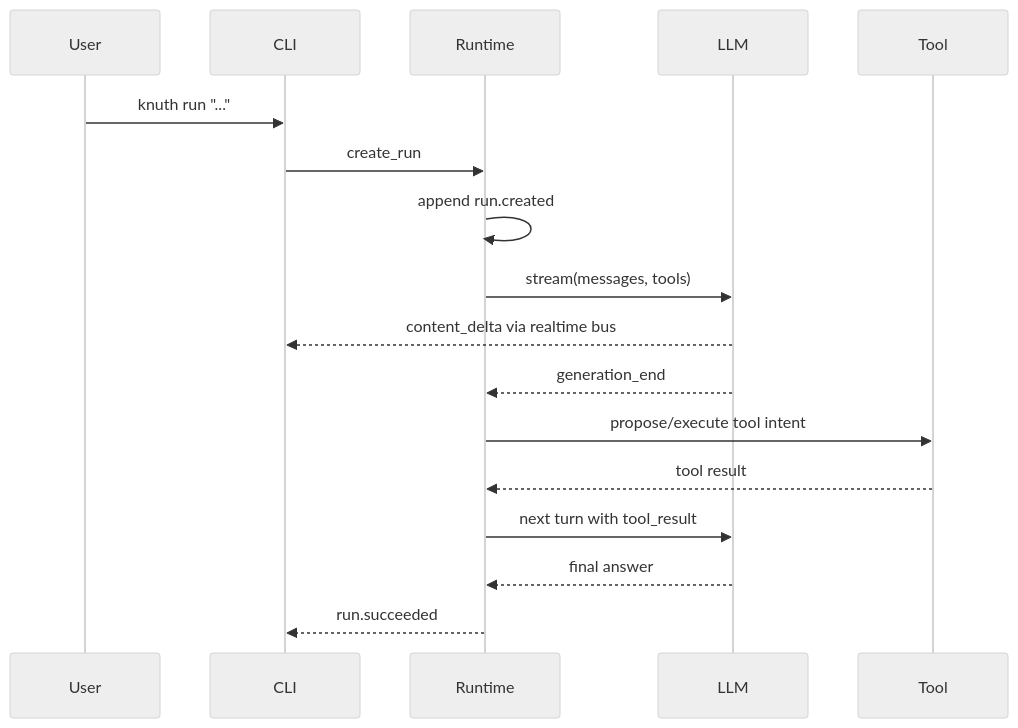
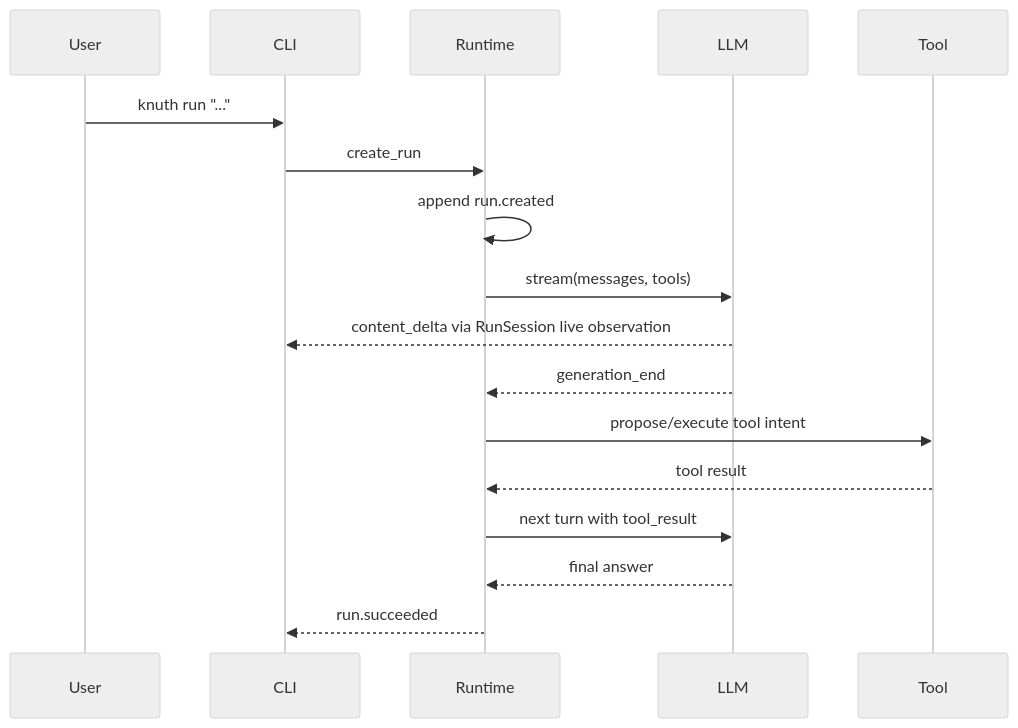
One commit to sonald/knuth changed the first of 2 diagrams in docs/knuth v0 方案.md. Above: the diagram before and after it, drawn with Mermaid (neutral theme). The commit also changed other lines of this file, not shown here.

````diff
--- a/docs/knuth v0 方案.md
+++ b/docs/knuth v0 方案.md
@@ -2020,20 +1002,20 @@
 ```mermaid
 sequenceDiagram
     participant User
     participant CLI
     participant Runtime
     participant LLM
     participant Tool
 
     User->>CLI: knuth run "..."
     CLI->>Runtime: create_run
     Runtime->>Runtime: append run.created
     Runtime->>LLM: stream(messages, tools)
-    LLM-->>CLI: content_delta via realtime bus
+    LLM-->>CLI: content_delta via RunSession live observation
     LLM-->>Runtime: generation_end
     Runtime->>Tool: propose/execute tool intent
     Tool-->>Runtime: tool result
     Runtime->>LLM: next turn with tool_result
     LLM-->>Runtime: final answer
     Runtime-->>CLI: run.succeeded
 ```
````
